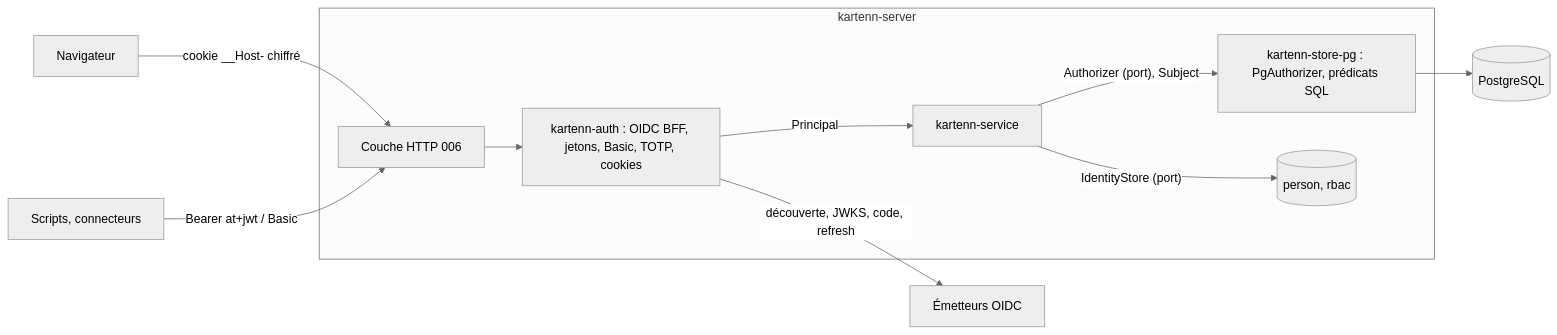
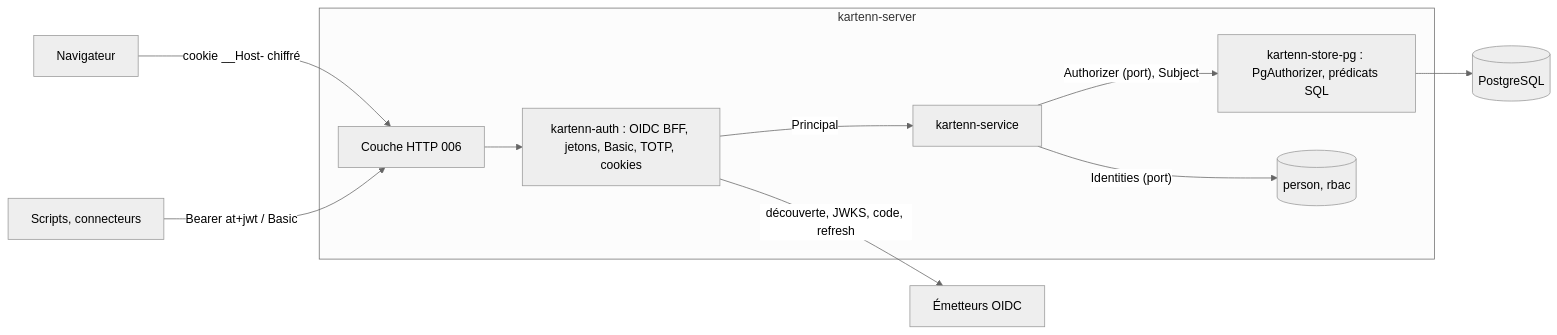
The diagram in specs/005-authn-rbac/design.md (Cavernum/kartenn), drawn with Mermaid (neutral theme) before and after one commit. The commit also changed other lines of this file and 11 other files, not shown here.

````diff
--- a/specs/005-authn-rbac/design.md
+++ b/specs/005-authn-rbac/design.md
@@ -10,13 +10,13 @@
 ```mermaid
 flowchart LR
   nav[Navigateur] -- "cookie __Host- chiffré" --> edge
   cli[Scripts, connecteurs] -- "Bearer at+jwt / Basic" --> edge
   subgraph srv[kartenn-server]
     edge[Couche HTTP 006] --> authn[kartenn-auth : OIDC BFF, jetons, Basic, TOTP, cookies]
     authn -- "Principal" --> svc[kartenn-service]
     svc -- "Authorizer (port), Subject" --> rbac[kartenn-store-pg : PgAuthorizer, prédicats SQL]
-    svc -- "IdentityStore (port)" --> ids[(person, rbac)]
+    svc -- "Identities (port)" --> ids[(person, rbac)]
   end
   authn -- "découverte, JWKS, code, refresh" --> idp[Émetteurs OIDC]
   rbac --> pg[(PostgreSQL)]
 ```
````
